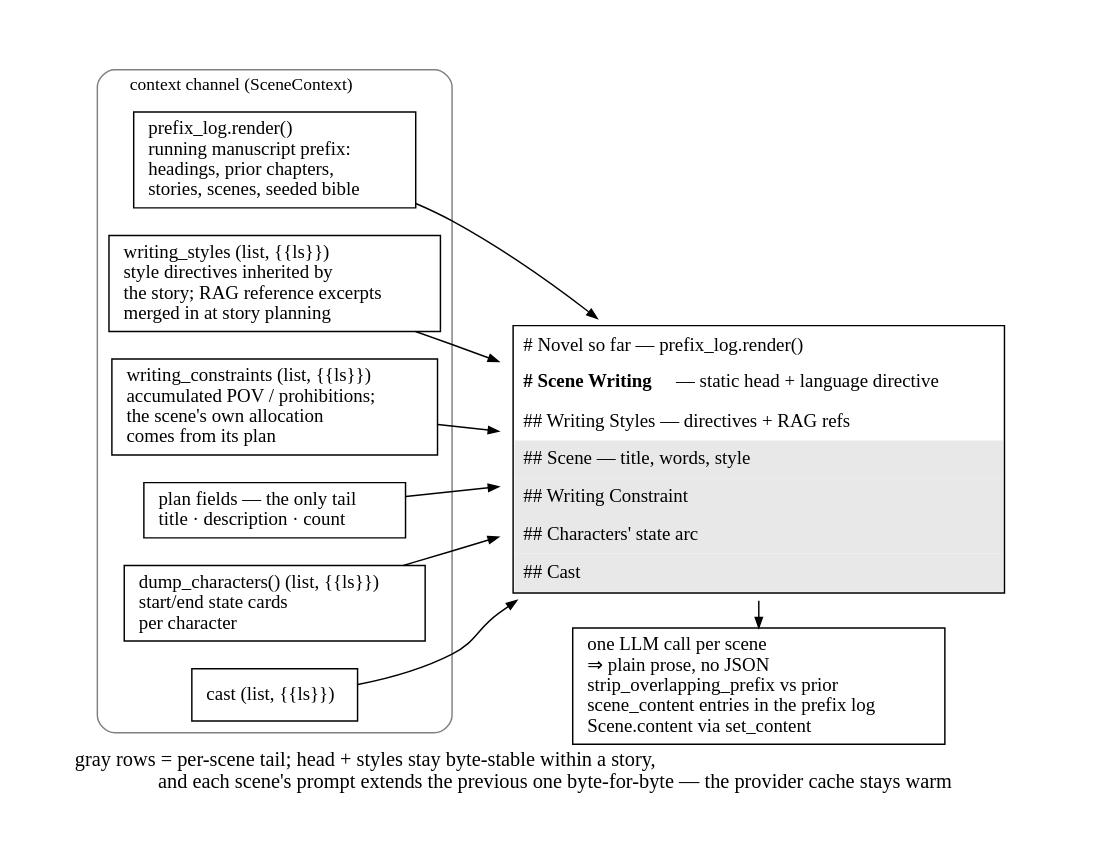
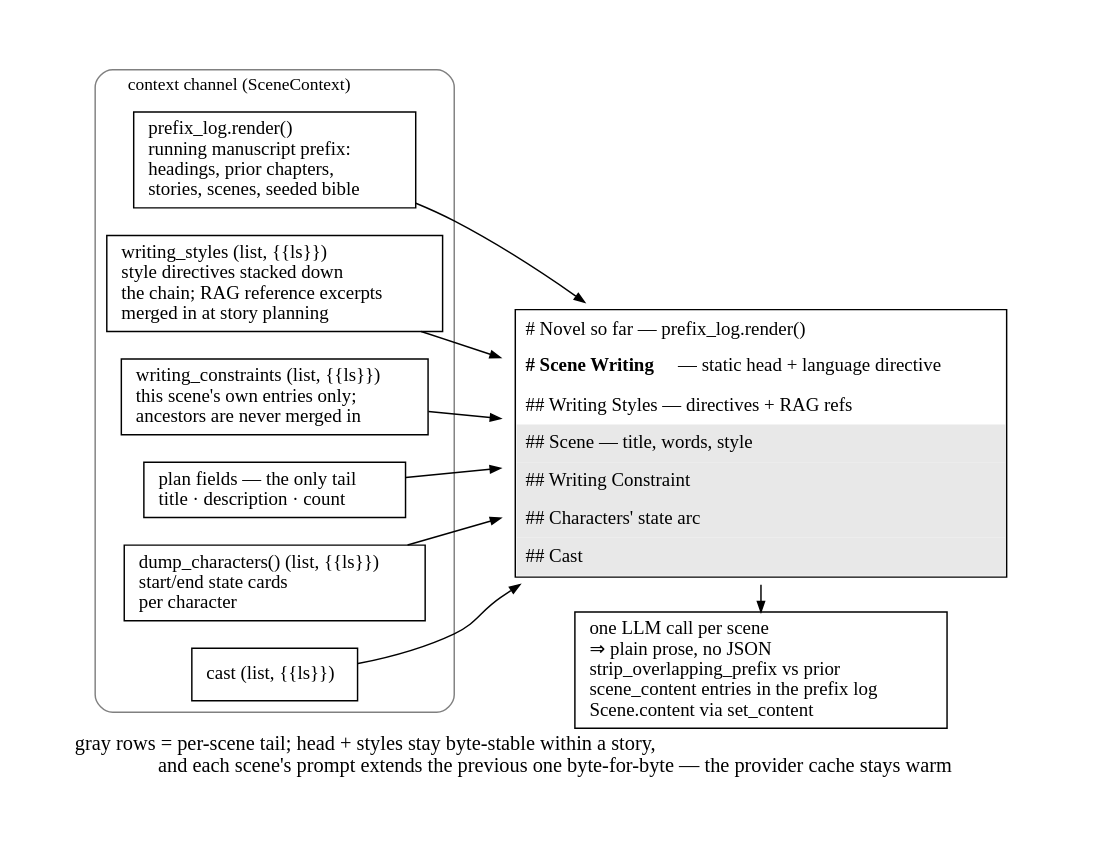
The diagram in packages/fabricatio-novel/assets/prompt-assembly.gv (Whth/fabricatio), drawn with Graphviz before and after one commit. The commit also changed 4 other files, not shown here.

First line of the commit message:
docs(novel): scope constraints in docs and diagrams

```diff
--- a/packages/fabricatio-novel/assets/prompt-assembly.gv
+++ b/packages/fabricatio-novel/assets/prompt-assembly.gv
@@ -1,61 +1,61 @@
 // fabricatio-novel: how one scene write prompt is assembled, and what comes back.
 // Render: dot -Tsvg prompt-assembly.gv -o prompt-assembly.svg
 digraph assembly {
     rankdir=LR;
     bgcolor="white";
     fontname="serif";
     pad="0.45";
     nodesep=0.26;
     ranksep=0.55;
 
     node [shape=box, style="filled", fillcolor="white", color="black",
           fontname="serif", fontsize=13, margin="0.14,0.07"];
     edge [color="black", arrowsize=0.7, fontname="serif", fontsize=11];
 
     subgraph cluster_sources {
         label="context channel (SceneContext)";
         labelloc="t";
         labeljust="l";
         fontname="serif";
         fontsize=12;
         color="#808080";
         style="rounded";
 
         src_prefix [label="prefix_log.render()\lrunning manuscript prefix:\lheadings, prior chapters,\lstories, scenes, seeded bible\l"];
-        src_styles [label="writing_styles (list, {{ls}})\lstyle directives inherited by\lthe story; RAG reference excerpts\lmerged in at story planning\l"];
-        src_constr [label="writing_constraints (list, {{ls}})\laccumulated POV / prohibitions;\lthe scene's own allocation\lcomes from its plan\l"];
+        src_styles [label="writing_styles (list, {{ls}})\lstyle directives stacked down\lthe chain; RAG reference excerpts\lmerged in at story planning\l"];
+        src_constr [label="writing_constraints (list, {{ls}})\lthis scene's own entries only;\lancestors are never merged in\l"];
         src_scene  [label="plan fields — the only tail\ltitle · description · count\l"];
         src_chars  [label="dump_characters() (list, {{ls}})\lstart/end state cards\lper character\l"];
         src_misc   [label="cast (list, {{ls}})\l"];
     }
 
     prompt [shape=plaintext, style="", fillcolor="white",
             label=<
                 <table border="1" cellborder="0" cellspacing="0" cellpadding="6" bgcolor="white">
                     <tr><td align="left"># Novel so far — prefix_log.render()</td></tr>
                     <tr><td align="left"><b># Scene Writing</b> — static head + language directive</td></tr>
                     <tr><td align="left">## Writing Styles — directives + RAG refs</td></tr>
                     <tr><td align="left" bgcolor="#E8E8E8">## Scene — title, words, style</td></tr>
                     <tr><td align="left" bgcolor="#E8E8E8">## Writing Constraint</td></tr>
                     <tr><td align="left" bgcolor="#E8E8E8">## Characters' state arc</td></tr>
                     <tr><td align="left" bgcolor="#E8E8E8">## Cast</td></tr>
                 </table>
             >];
 
     write [label="one LLM call per scene\l⇒ plain prose, no JSON\lstrip_overlapping_prefix vs prior\lscene_content entries in the prefix log\lScene.content via set_content\l"];
 
     // keep the outcome box directly below the prompt, not to its right
     { rank=same; prompt; write; }
 
     src_prefix -> prompt;
     src_styles -> prompt;
     src_constr -> prompt;
     src_scene  -> prompt;
     src_chars  -> prompt;
     src_misc   -> prompt;
 
     prompt -> write [constraint=false];
 
     labelloc="b";
     label="  gray rows = per-scene tail; head + styles stay byte-stable within a story,\l  and each scene's prompt extends the previous one byte-for-byte — the provider cache stays warm";
 }
```
